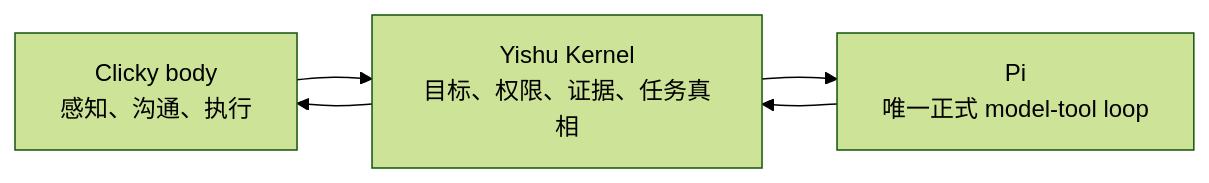
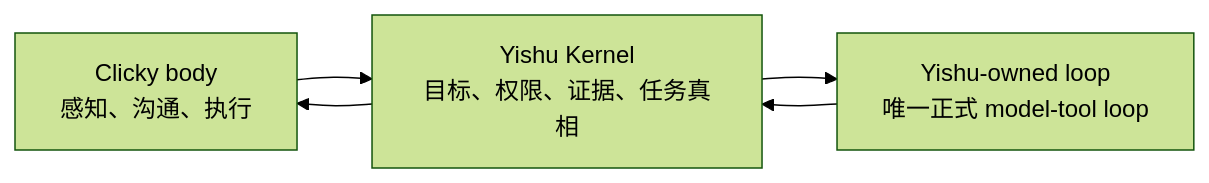
The diagram in docs/agent-loop.md (yishu-ziyu/yishu), drawn with Mermaid (forest theme) before and after one commit. The commit also changed other lines of this file and 115 other files, not shown here.

````diff
--- a/docs/agent-loop.md
+++ b/docs/agent-loop.md
@@ -17,7 +19,7 @@
 ```mermaid
 flowchart LR
   B["Clicky body<br/>感知、沟通、执行"] --> K["Yishu Kernel<br/>目标、权限、证据、任务真相"]
-  K --> P["Pi<br/>唯一正式 model-tool loop"]
+  K --> P["Yishu-owned loop<br/>唯一正式 model-tool loop"]
   P --> K
   K --> B
 ```
````
